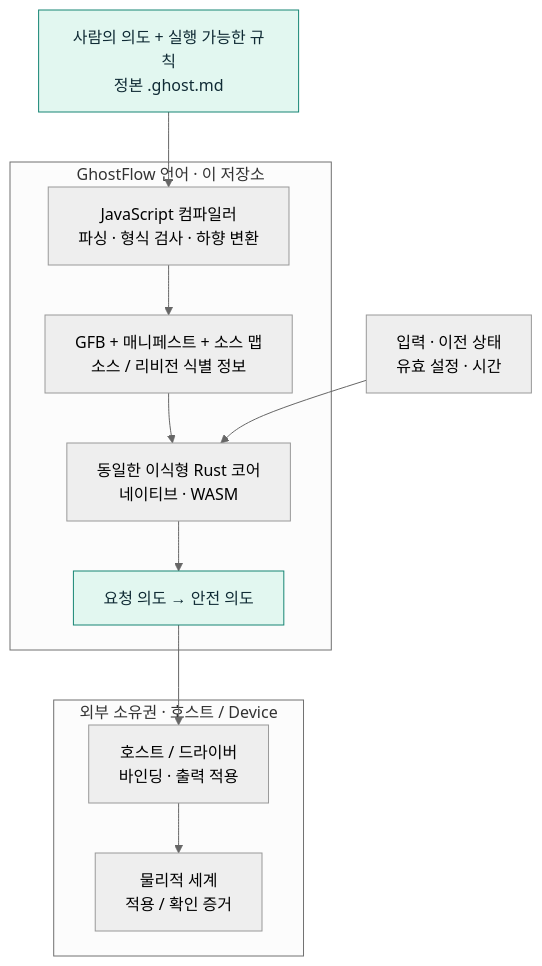
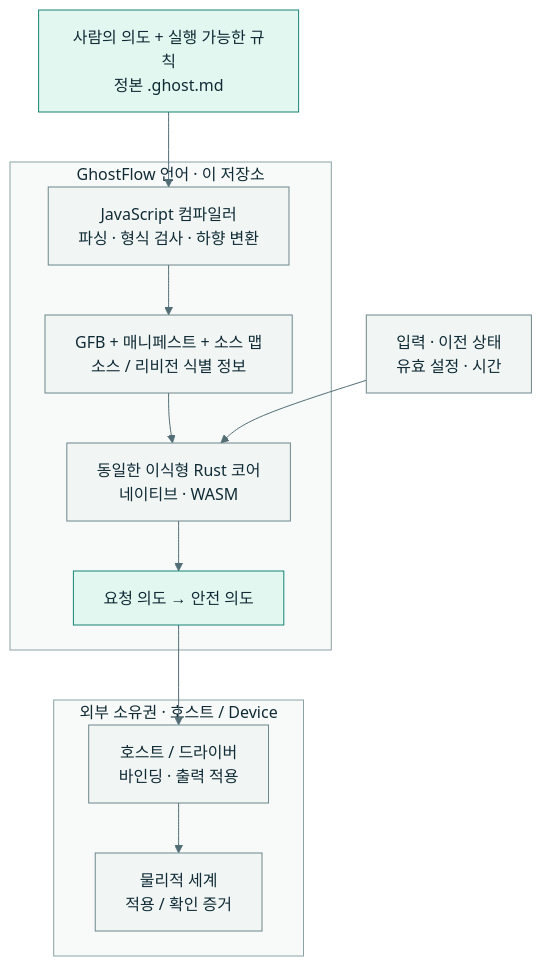
One commit to callin2/ghostflow-language changed the diagram in README.ko.md. Above: the diagram before and after it, drawn with Mermaid (neutral theme). The commit also changed 2 other files, not shown here.

Commit message:
docs: align README diagrams with GhostFlow visual identity

````diff
--- a/README.ko.md
+++ b/README.ko.md
@@ -61,21 +61,25 @@
 ```mermaid
 flowchart TB
   source["사람의 의도 + 실행 가능한 규칙<br>정본 .ghost.md"]
   subgraph language["GhostFlow 언어 · 이 저장소"]
     compiler["JavaScript 컴파일러<br>파싱 · 형식 검사 · 하향 변환"]
     artifacts["GFB + 매니페스트 + 소스 맵<br>소스 / 리비전 식별 정보"]
     core["동일한 이식형 Rust 코어<br>네이티브 · WASM"]
     intent["요청 의도 → 안전 의도"]
     compiler --> artifacts --> core --> intent
   end
   source --> compiler
   conditions["입력 · 이전 상태<br>유효 설정 · 시간"] --> core
   subgraph external["외부 소유권 · 호스트 / Device"]
     driver["호스트 / 드라이버<br>바인딩 · 출력 적용"]
     world["물리적 세계<br>적용 / 확인 증거"]
     driver --> world
   end
   intent --> driver
+  classDef default fill:#f1f6f5,stroke:#6d858b,color:#102b35
   classDef accent fill:#e2f7f0,stroke:#168574,color:#102b35
   class source,intent accent
+  style language fill:#f8faf9,stroke:#8ba1a5,color:#102b35
+  style external fill:#f8faf9,stroke:#8ba1a5,color:#102b35
+  linkStyle default stroke:#526d76,color:#102b35
 ```
````
